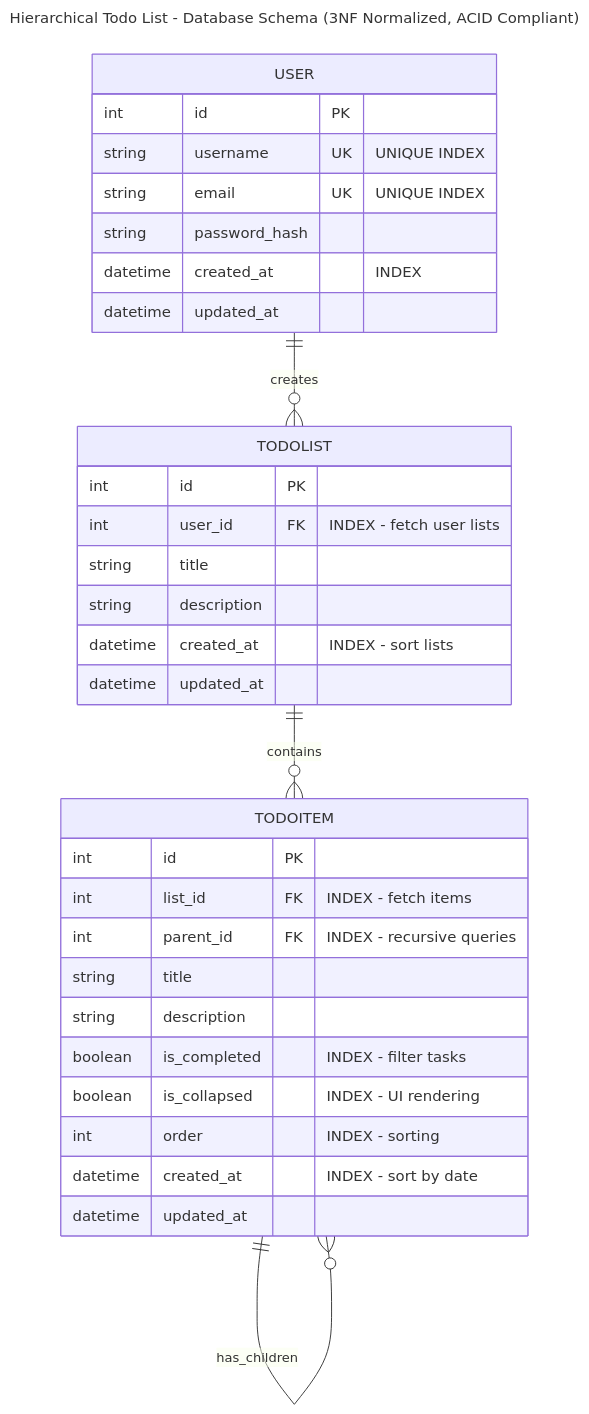
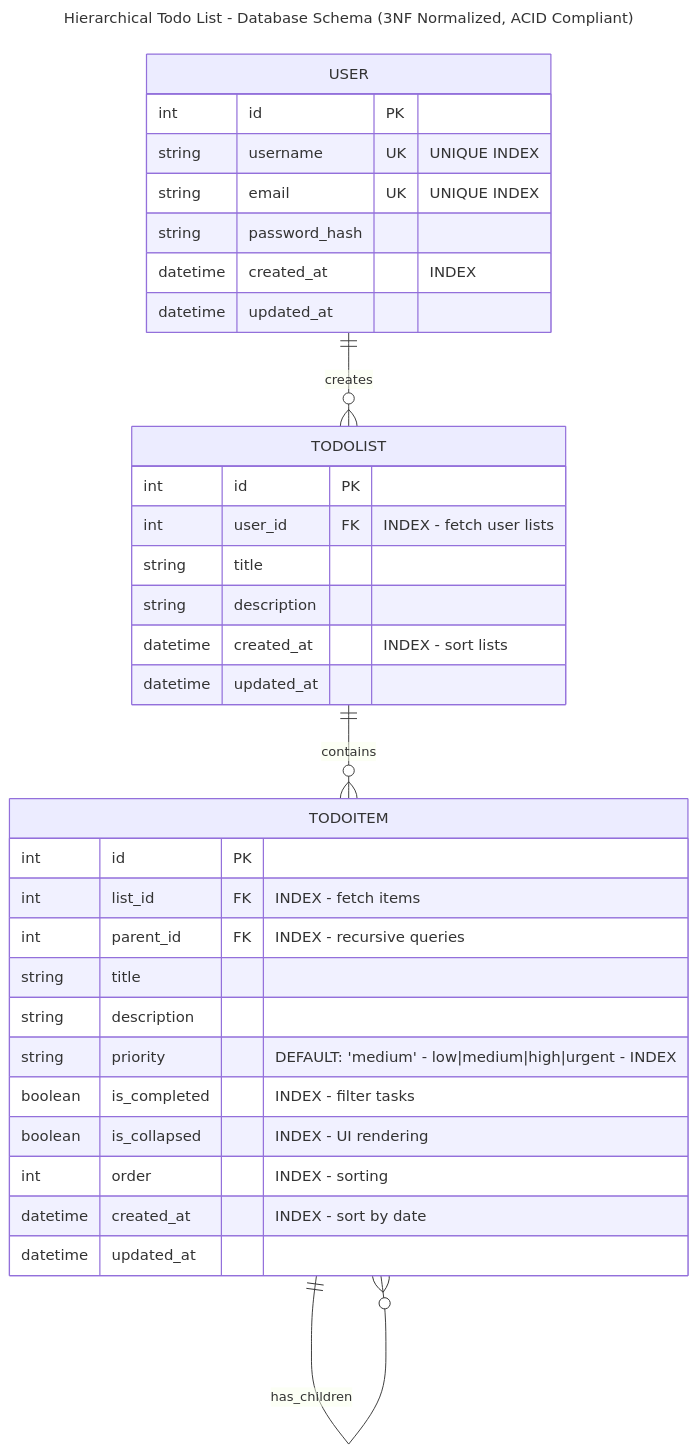
One commit to Abdulrahmansoliman/CS162---Web-application changed the diagram in DATABASE_SCHEMA.md. Above: the diagram before and after it, drawn with Mermaid.

Commit message:
database schema changes

````diff
--- a/DATABASE_SCHEMA.md
+++ b/DATABASE_SCHEMA.md
@@ -5,40 +5,41 @@
 ```mermaid
 ---
 title: Hierarchical Todo List - Database Schema (3NF Normalized, ACID Compliant)
 ---
 erDiagram
     USER ||--o{ TODOLIST : creates
     TODOLIST ||--o{ TODOITEM : contains
     TODOITEM ||--o{ TODOITEM : has_children
     
     USER {
         int id PK
         string username UK "UNIQUE INDEX"
         string email UK "UNIQUE INDEX"
         string password_hash
         datetime created_at "INDEX"
         datetime updated_at
     }
     
     TODOLIST {
         int id PK
         int user_id FK "INDEX - fetch user lists"
         string title
         string description
         datetime created_at "INDEX - sort lists"
         datetime updated_at
     }
     
     TODOITEM {
         int id PK
         int list_id FK "INDEX - fetch items"
         int parent_id FK "INDEX - recursive queries"
         string title
         string description
+        string priority "DEFAULT: 'medium' - low|medium|high|urgent - INDEX"
         boolean is_completed "INDEX - filter tasks"
         boolean is_collapsed "INDEX - UI rendering"
         int order "INDEX - sorting"
         datetime created_at "INDEX - sort by date"
         datetime updated_at
     }
 ```
````
